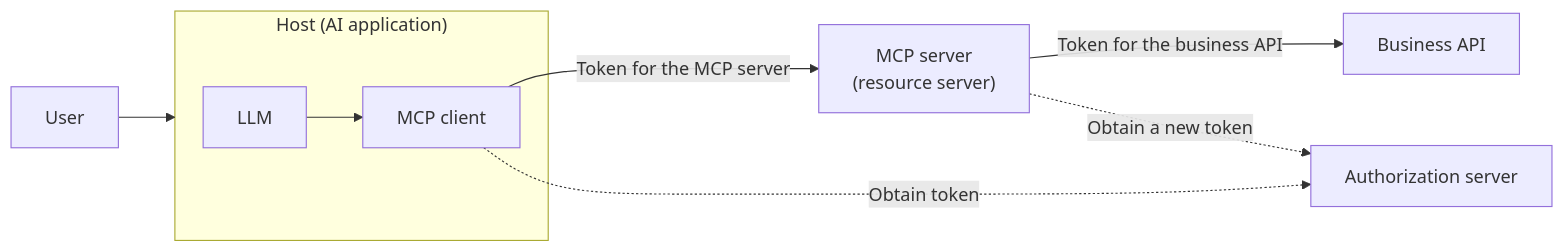
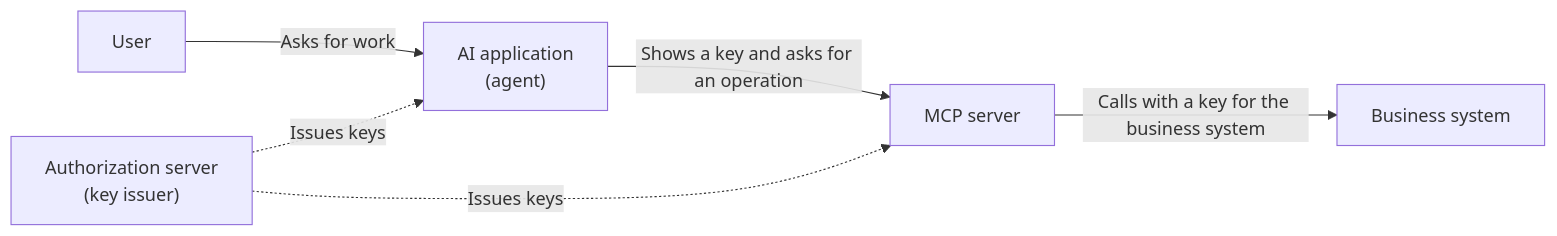
The diagram in content/en/posts/mcp-authorization-design.md (bmf-san/bmf-tech), drawn with Mermaid before and after one commit. The commit also changed other lines of this file and 1 other file, not shown here.

Commit message:
docs: rewrite MCP authorization post for non-engineer readers

````diff
--- a/content/en/posts/mcp-authorization-design.md
+++ b/content/en/posts/mcp-authorization-design.md
@@ -39,17 +37,13 @@
 ```mermaid
 flowchart LR
     U["User"]
-    subgraph H["Host (AI application)"]
-        L["LLM"]
-        C["MCP client"]
-    end
-    S["MCP server<br/>(resource server)"]
-    A["Business API"]
-    AS["Authorization server"]
-    U --> H
-    L --> C
-    C -- "Token for the MCP server" --> S
-    S -- "Token for the business API" --> A
-    C -. "Obtain token" .-> AS
-    S -. "Obtain a new token" .-> AS
+    AI["AI application<br/>(agent)"]
+    S["MCP server"]
+    A["Business system"]
+    AS["Authorization server<br/>(key issuer)"]
+    U -- "Asks for work" --> AI
+    AI -- "Shows a key and asks for an operation" --> S
+    S -- "Calls with a key for the business system" --> A
+    AS -. "Issues keys" .-> AI
+    AS -. "Issues keys" .-> S
 ```
````
